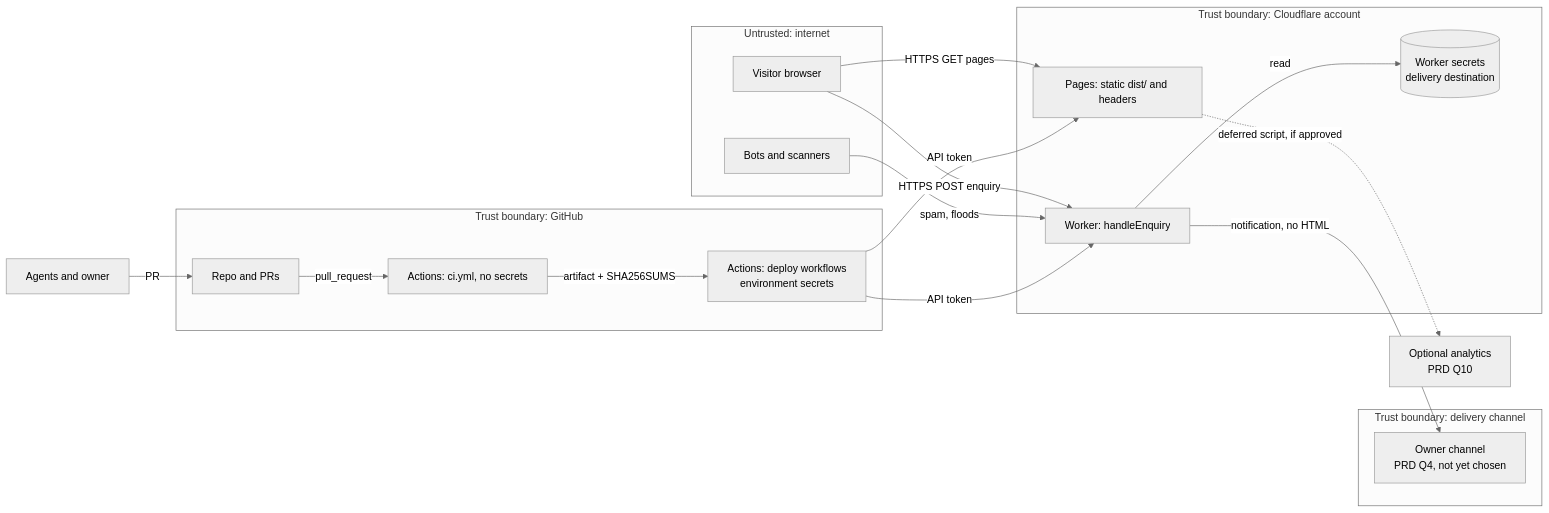
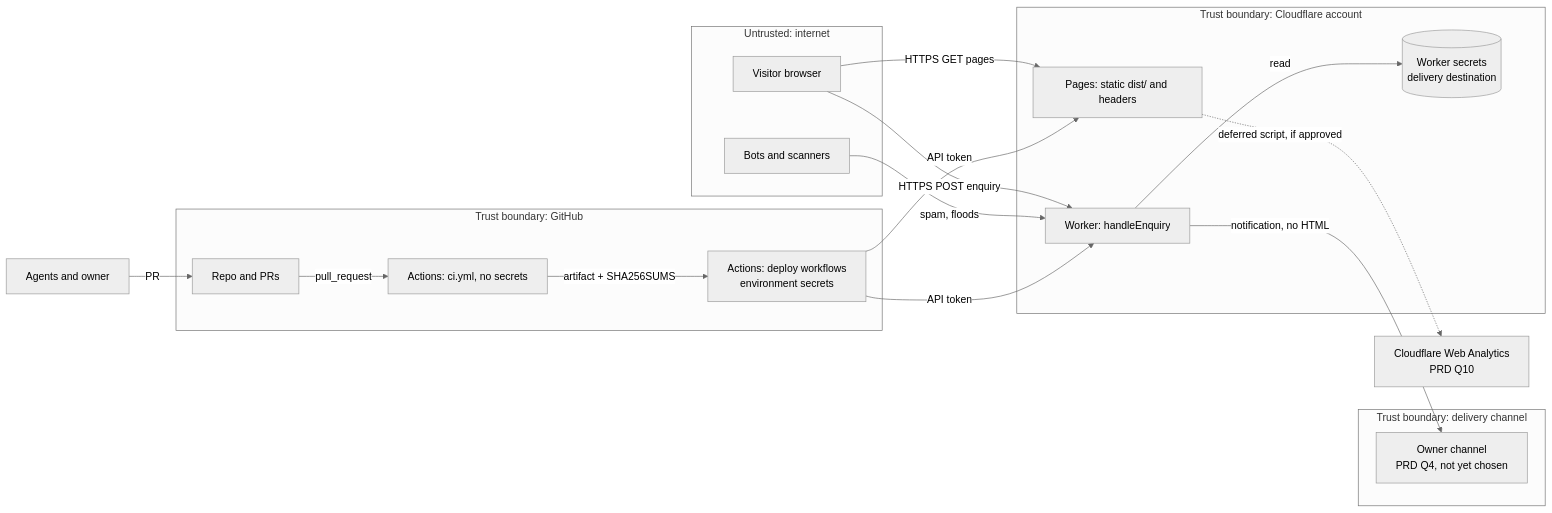
Before and after one commit to clockvane/website: the diagram in docs/security/threat-model.md, drawn with Mermaid (neutral theme). The commit also changed other lines of this file and 22 other files, not shown here.

First line of the commit message:
feat(analytics): enable Cloudflare Web Analytics with GPC and CSP controls (#169) (#172)

````diff
--- a/docs/security/threat-model.md
+++ b/docs/security/threat-model.md
@@ -13,34 +13,34 @@
 ```mermaid
 flowchart LR
   subgraph Internet["Untrusted: internet"]
     V["Visitor browser"]
     B["Bots and scanners"]
   end
   subgraph Edge["Trust boundary: Cloudflare account"]
     P["Pages: static dist/ and headers"]
     W["Worker: handleEnquiry"]
     S[("Worker secrets<br/>delivery destination")]
   end
   subgraph Dest["Trust boundary: delivery channel"]
     D["Owner channel<br/>PRD Q4, not yet chosen"]
   end
   subgraph GH["Trust boundary: GitHub"]
     R["Repo and PRs"]
     CI["Actions: ci.yml, no secrets"]
     DP["Actions: deploy workflows<br/>environment secrets"]
   end
-  A["Optional analytics<br/>PRD Q10"]
+  A["Cloudflare Web Analytics<br/>PRD Q10"]
   Dev["Agents and owner"]
 
   V -->|"HTTPS GET pages"| P
   V -->|"HTTPS POST enquiry"| W
   B -->|"spam, floods"| W
   W -->|"read"| S
   W -->|"notification, no HTML"| D
   P -.->|"deferred script, if approved"| A
   Dev -->|"PR"| R
   R -->|"pull_request"| CI
   CI -->|"artifact + SHA256SUMS"| DP
   DP -->|"API token"| P
   DP -->|"API token"| W
 ```
````
